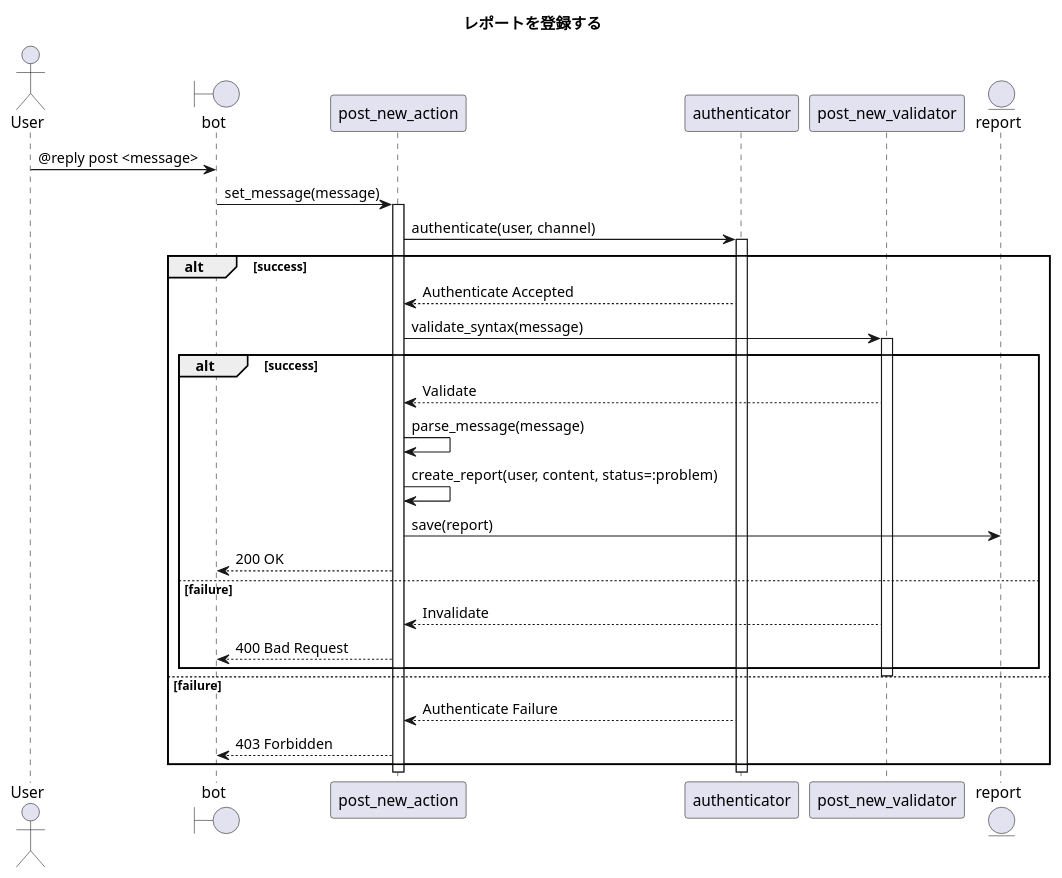
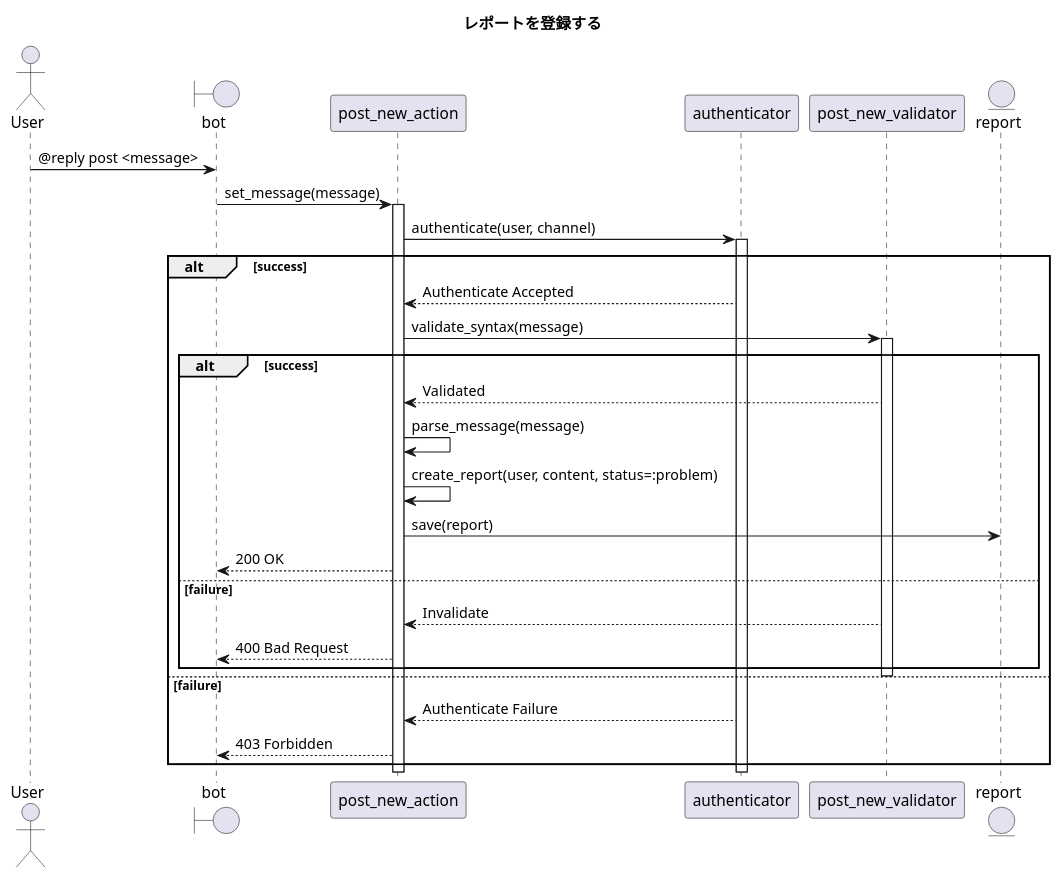
One commit to ito-masam/kpt-guard.doc changed the diagram in 1.design/5.sequences/post-report-new.md. Above: the diagram before and after it, drawn with PlantUML.

Commit message:
シーケンスの新規登録の内部表記を修正

```diff
--- a/1.design/5.sequences/post-report-new.md
+++ b/1.design/5.sequences/post-report-new.md
@@ -1,43 +1,43 @@
 @startuml
 
     ' ----------- meta
     title レポートを登録する
 
     actor User
     boundary bot
     participant post_new_action
     participant authenticator
     participant post_new_validator
     entity report
 
     ' ----------- main
     User -> bot : @reply post <message>
     bot -> post_new_action : set_message(message)
     activate post_new_action
       post_new_action -> authenticator : authenticate(user, channel)
       activate authenticator
         alt success
           authenticator --> post_new_action : Authenticate Accepted
           post_new_action -> post_new_validator : validate_syntax(message)
           activate post_new_validator
             alt success
-              post_new_validator --> post_new_action : Validate
+              post_new_validator --> post_new_action : Validated
               post_new_action -> post_new_action : parse_message(message)
               post_new_action -> post_new_action : create_report(user, content, status=:problem)
               post_new_action -> report : save(report)
               post_new_action --> bot : 200 OK
             else failure
               ' ----------- alternative
               post_new_validator --> post_new_action : Invalidate
               post_new_action --> bot : 400 Bad Request
             end
           deactivate post_new_validator
         else failure
           ' ----------- alternative
           authenticator --> post_new_action : Authenticate Failure
           post_new_action --> bot : 403 Forbidden
         end
       deactivate authenticator
     deactivate post_new_action
 
 @enduml
```
